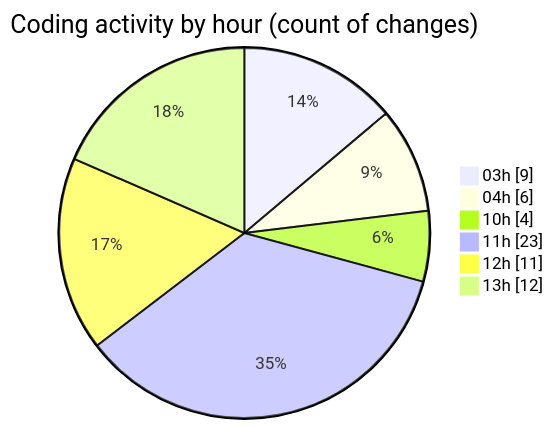
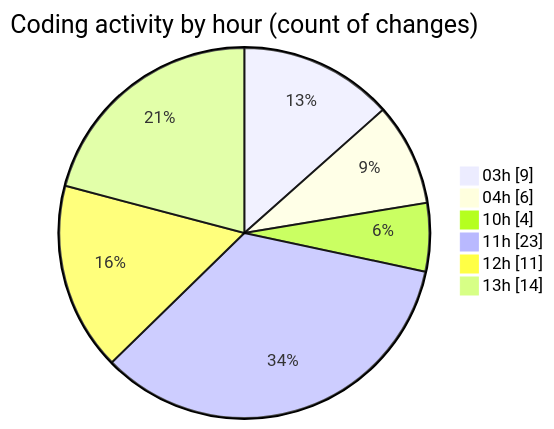
The second of 2 diagrams in 2025-10-30/eventscop-frontend-guide__workspace_/README.md (julien-gomy/code-tracking), drawn with Mermaid before and after one commit. The commit also changed other lines of this file and 1 other file, not shown here.

````diff
--- a/2025-10-30/eventscop-frontend-guide__workspace_/README.md
+++ b/2025-10-30/eventscop-frontend-guide__workspace_/README.md
@@ -41,10 +41,10 @@
 ```mermaid
 pie showData
 title Coding activity by hour (count of changes)
 "03h" : 9
 "04h" : 6
 "10h" : 4
 "11h" : 23
 "12h" : 11
-"13h" : 12
+"13h" : 14
 ```
````
